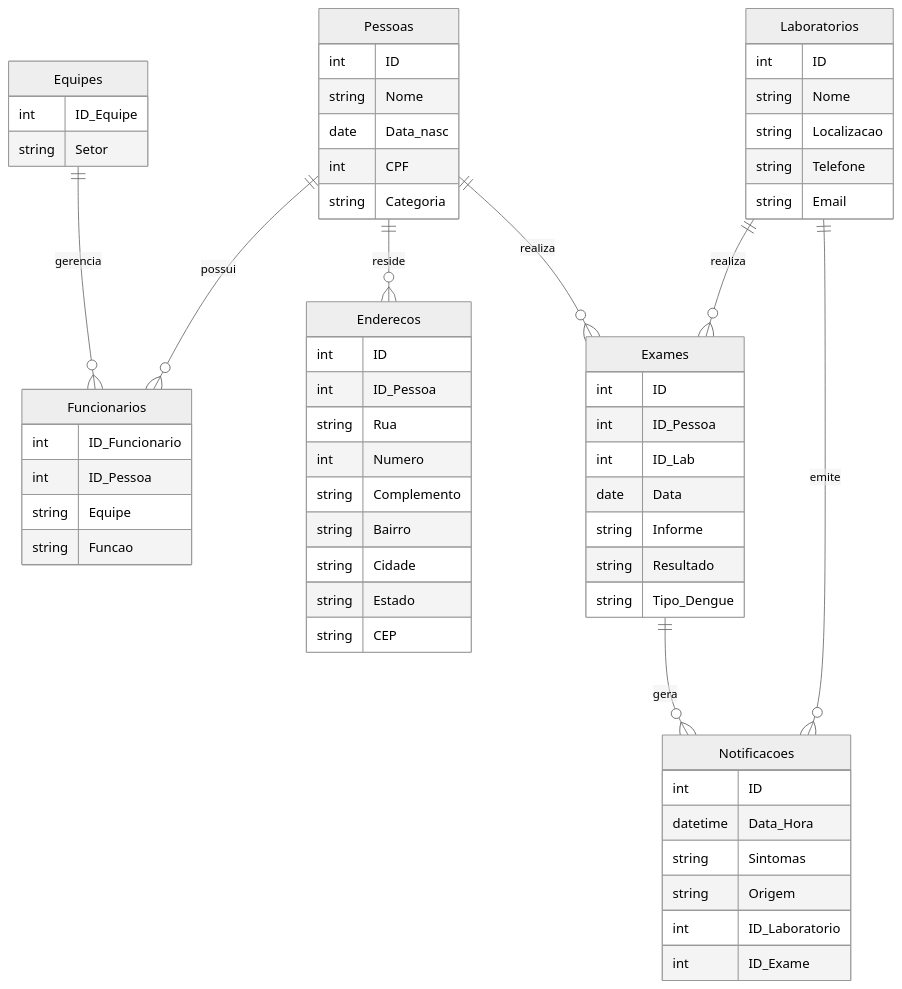
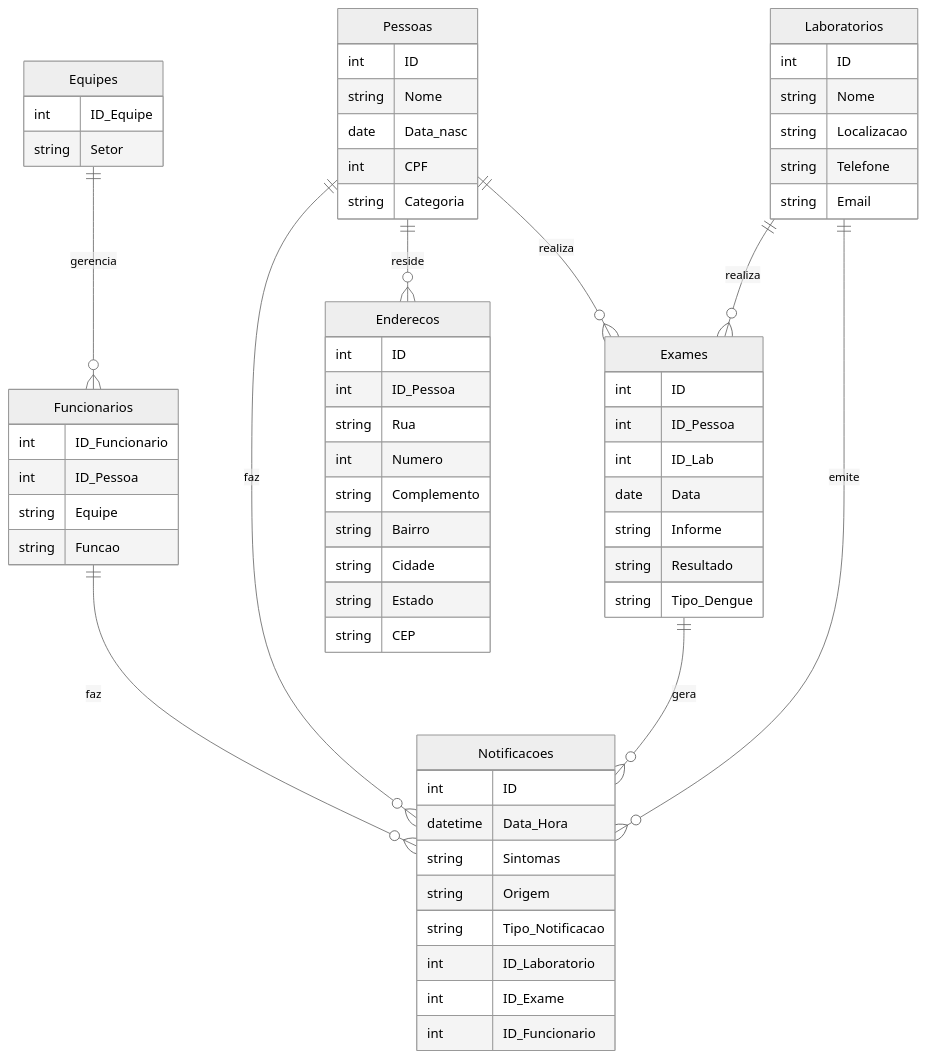
One commit to kfrural/BD changed the first of 2 diagrams in projeto_Dengue/README.md. Above: the diagram before and after it, drawn with Mermaid (neutral theme).

````diff
--- a/projeto_Dengue/README.md
+++ b/projeto_Dengue/README.md
@@ -145,63 +145,66 @@
 ```mermaid
 erDiagram
     Pessoas {
         int ID
         string Nome
         date Data_nasc
         int CPF
         string Categoria
     }
     Funcionarios {
         int ID_Funcionario
         int ID_Pessoa
         string Equipe
         string Funcao
     }
     Equipes {
         int ID_Equipe
         string Setor
     }
     Enderecos {
         int ID
         int ID_Pessoa
         string Rua
         int Numero
         string Complemento
         string Bairro
         string Cidade
         string Estado
         string CEP
     }
     Exames {
         int ID
         int ID_Pessoa
         int ID_Lab
         date Data
         string Informe
         string Resultado
         string Tipo_Dengue
     }
     Notificacoes {
         int ID
         datetime Data_Hora
         string Sintomas
         string Origem
+        string Tipo_Notificacao
         int ID_Laboratorio
         int ID_Exame
+        int ID_Funcionario
     }
     Laboratorios {
         int ID
         string Nome
         string Localizacao
         string Telefone
         string Email
     }
     
-    Pessoas ||--o{ Funcionarios : "possui"
+    Funcionarios ||--o{ Notificacoes : "faz"
+    Pessoas ||--o{ Notificacoes : "faz"
     Pessoas ||--o{ Enderecos : "reside"
     Pessoas ||--o{ Exames : "realiza"
     Equipes ||--o{ Funcionarios : "gerencia"
     Laboratorios ||--o{ Exames : "realiza"
     Laboratorios ||--o{ Notificacoes : "emite"
     Exames ||--o{ Notificacoes : "gera"
 ```
````
